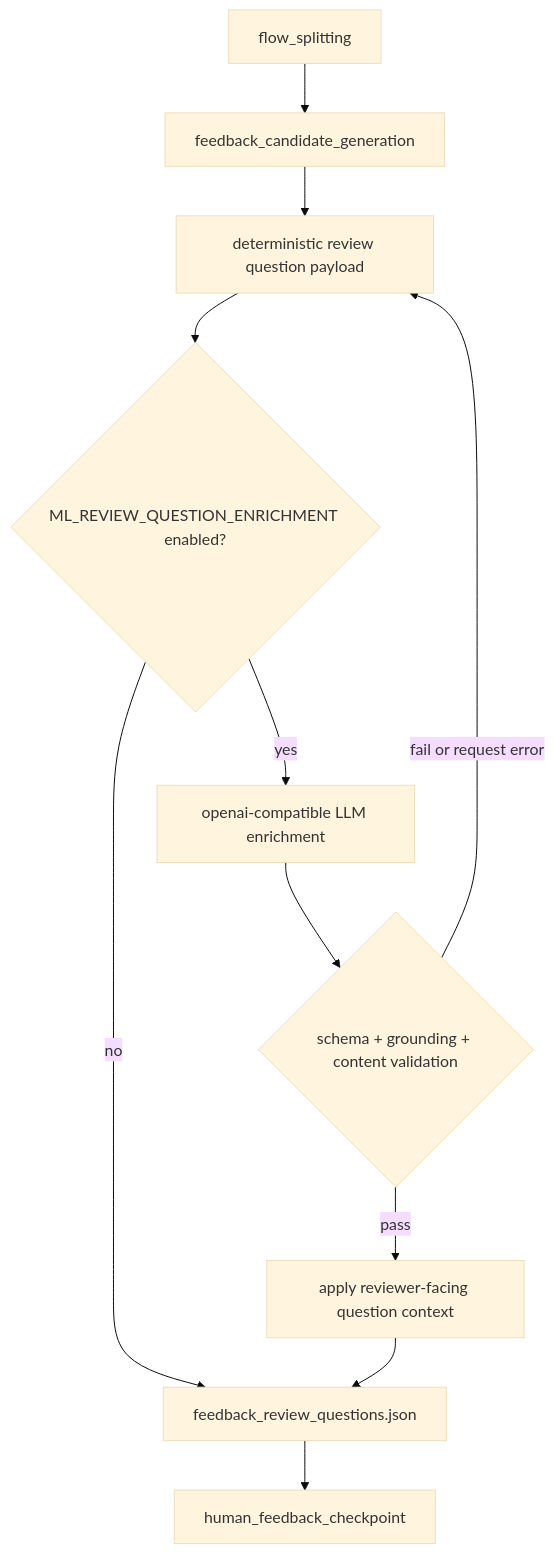
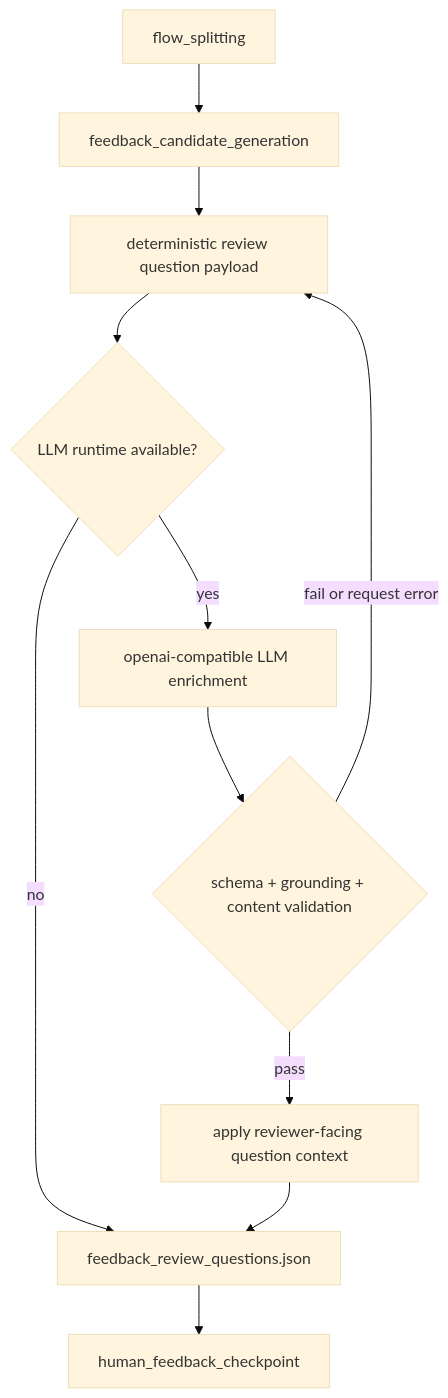
The diagram in .agent/specs/775.md (ajou-2026-1-capstone-5/ostone), drawn with Mermaid (base theme) before and after one commit. The commit also changed other lines of this file and 7 other files, not shown here.

````diff
--- a/.agent/specs/775.md
+++ b/.agent/specs/775.md
@@ -30,13 +30,13 @@
 ```mermaid
 flowchart TD
     A["flow_splitting"] --> B["feedback_candidate_generation"]
     B --> C["deterministic review question payload"]
-    C --> D{"ML_REVIEW_QUESTION_ENRICHMENT enabled?"}
+    C --> D{"LLM runtime available?"}
     D -->|no| H["feedback_review_questions.json"]
     D -->|yes| E["openai-compatible LLM enrichment"]
     E --> F{"schema + grounding + content validation"}
     F -->|pass| G["apply reviewer-facing question context"]
     F -->|fail or request error| C
     G --> H
     H --> I["human_feedback_checkpoint"]
 ```
````
